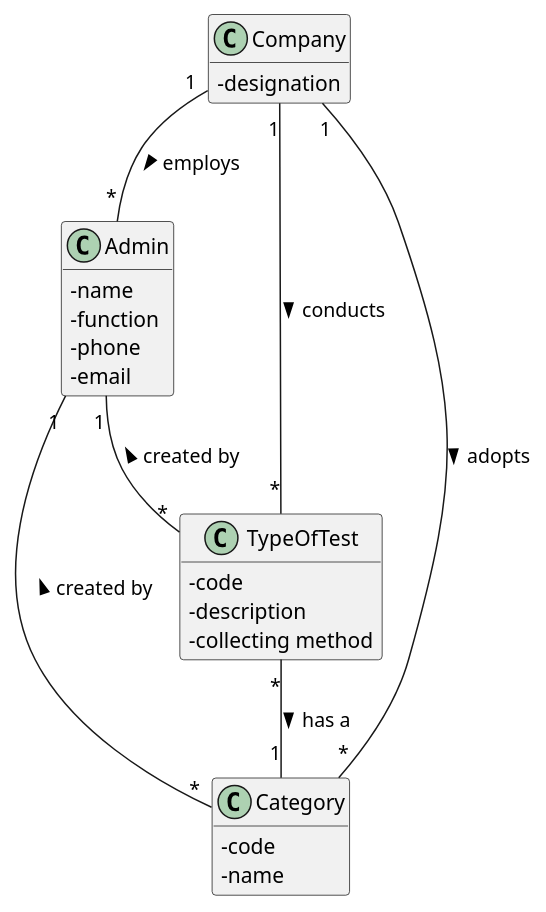
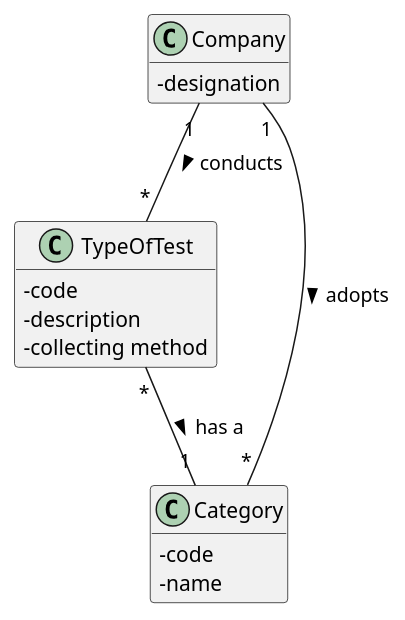
The diagram in docs/SprintC/US9/UC9_MD.puml (GuilhermeCunha79/lapr2), drawn with PlantUML before and after one commit. The commit also changed 4 other files, not shown here.

Commit message:
[US9] Restructuring of md, domain model and SD diagram

```diff
--- a/docs/SprintC/US9/UC9_MD.puml
+++ b/docs/SprintC/US9/UC9_MD.puml
@@ -1,35 +1,26 @@
 @startuml
 'https://plantuml.com/sequence-diagram
 hide methods
 skinparam classAttributeIconSize 0
 
 
-Company"1" -- "*"Admin :> employs
+
 Company"1" -- "*"TypeOfTest:> conducts
 Company"1" -- "*"Category :> adopts
-Admin"1" -- "*"TypeOfTest :< created by
 TypeOfTest"*" -- "1"Category :> has a
-Admin"1" -- "*"Category :< created by
 
 class TypeOfTest{
 -code
 -description
 -collecting method
-}
-
-class Admin{
-  -name
-  -function
-  -phone
-  -email
 }
 
 class Company{
 -designation
 }
 
 class Category{
     -code
     -name
 }
 @enduml
```
